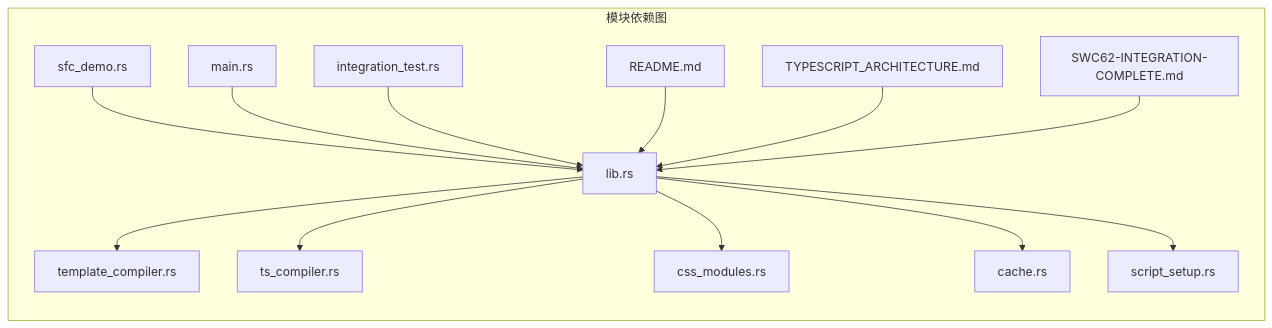
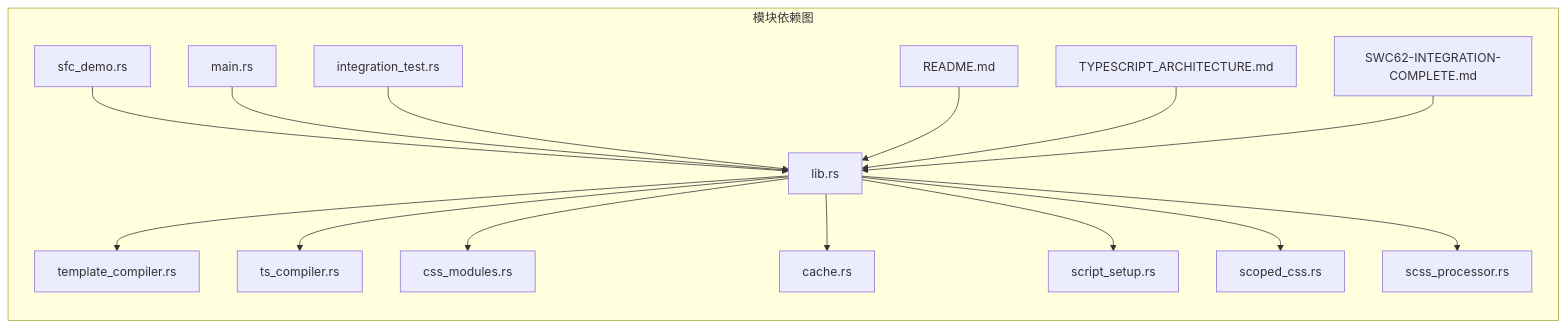
Before and after one commit to itszzl-sudo/iris: diagram 25 of 27 in .qoder/repowiki/zh/content/技术架构详解/即时转译系统/SFC编译器初始化机制/SFC编译器初始化机制.md, drawn with Mermaid. The commit also changed other lines of this file and 10 other files, not shown here.

````diff
--- a/.qoder/repowiki/zh/content/技术架构详解/即时转译系统/SFC编译器初始化机制/SFC编译器初始化机制.md
+++ b/.qoder/repowiki/zh/content/技术架构详解/即时转译系统/SFC编译器初始化机制/SFC编译器初始化机制.md
@@ -1082,16 +1295,18 @@
 ```mermaid
 graph LR
 subgraph "模块依赖图"
 A[lib.rs] --> B[template_compiler.rs]
 A --> C[ts_compiler.rs]
 A --> D[css_modules.rs]
 A --> E[cache.rs]
 A --> F[script_setup.rs]
-G[sfc_demo.rs] --> A
-H[main.rs] --> A
-I[integration_test.rs] --> A
-J[README.md] --> A
-K[TYPESCRIPT_ARCHITECTURE.md] --> A
-L[SWC62-INTEGRATION-COMPLETE.md] --> A
+A --> G[scoped_css.rs]
+A --> H[scss_processor.rs]
+I[sfc_demo.rs] --> A
+J[main.rs] --> A
+K[integration_test.rs] --> A
+L[README.md] --> A
+M[TYPESCRIPT_ARCHITECTURE.md] --> A
+N[SWC62-INTEGRATION-COMPLETE.md] --> A
 end
 ```
````
